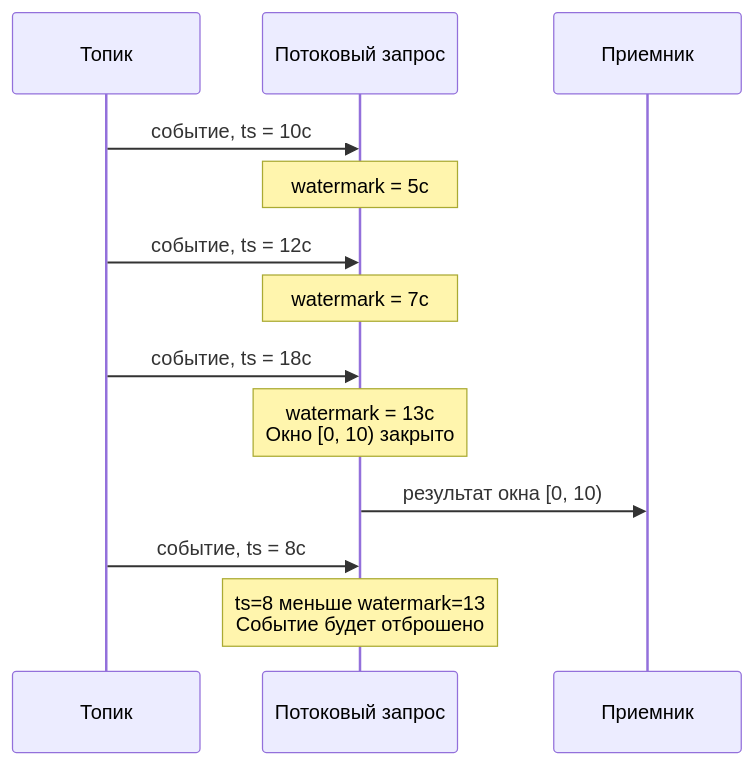
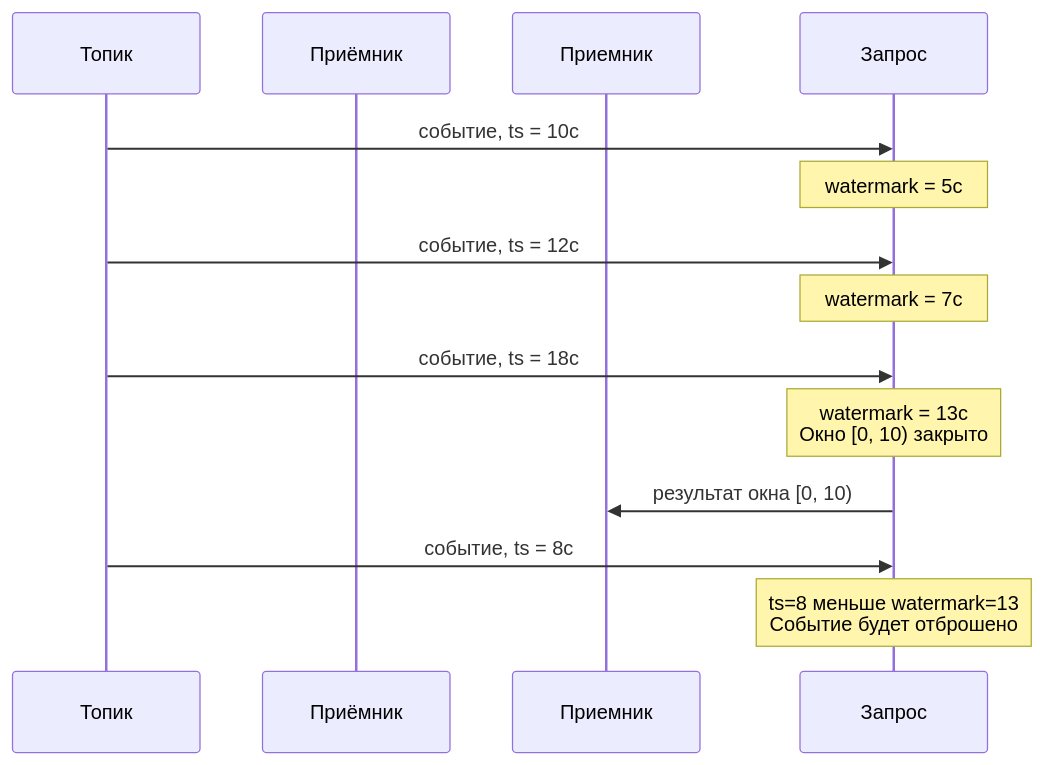
The diagram in ydb/docs/ru/core/dev/streaming-query/watermarks.md (ydb-platform/ydb), drawn with Mermaid before and after one commit. The commit also changed 3 other files, not shown here.

````diff
--- a/ydb/docs/ru/core/dev/streaming-query/watermarks.md
+++ b/ydb/docs/ru/core/dev/streaming-query/watermarks.md
@@ -19,16 +19,16 @@
 ```mermaid
 sequenceDiagram
     participant Топик
-    participant Запрос as Потоковый запрос
+    participant Приёмник
     participant Приемник
 
     Топик->>Запрос: событие, ts = 10с
     Note over Запрос: watermark = 5с
     Топик->>Запрос: событие, ts = 12с
     Note over Запрос: watermark = 7с
     Топик->>Запрос: событие, ts = 18с
     Note over Запрос: watermark = 13с<br/>Окно [0, 10) закрыто
     Запрос->>Приемник: результат окна [0, 10)
     Топик->>Запрос: событие, ts = 8с
     Note over Запрос: ts=8 меньше watermark=13<br/>Событие будет отброшено
 ```
````
